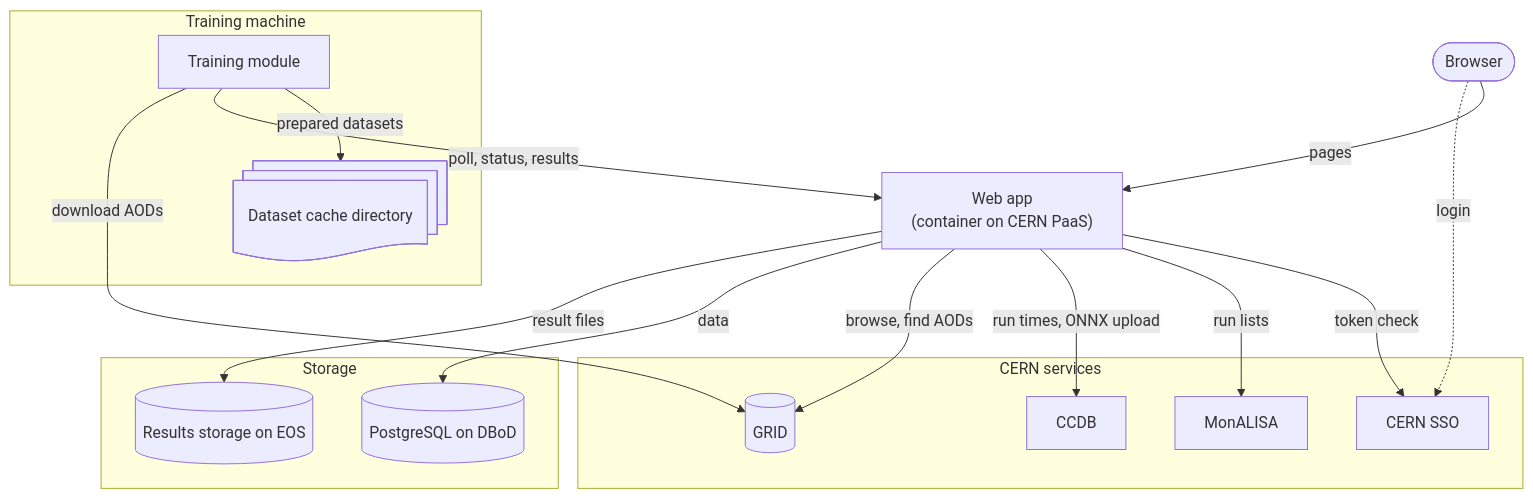
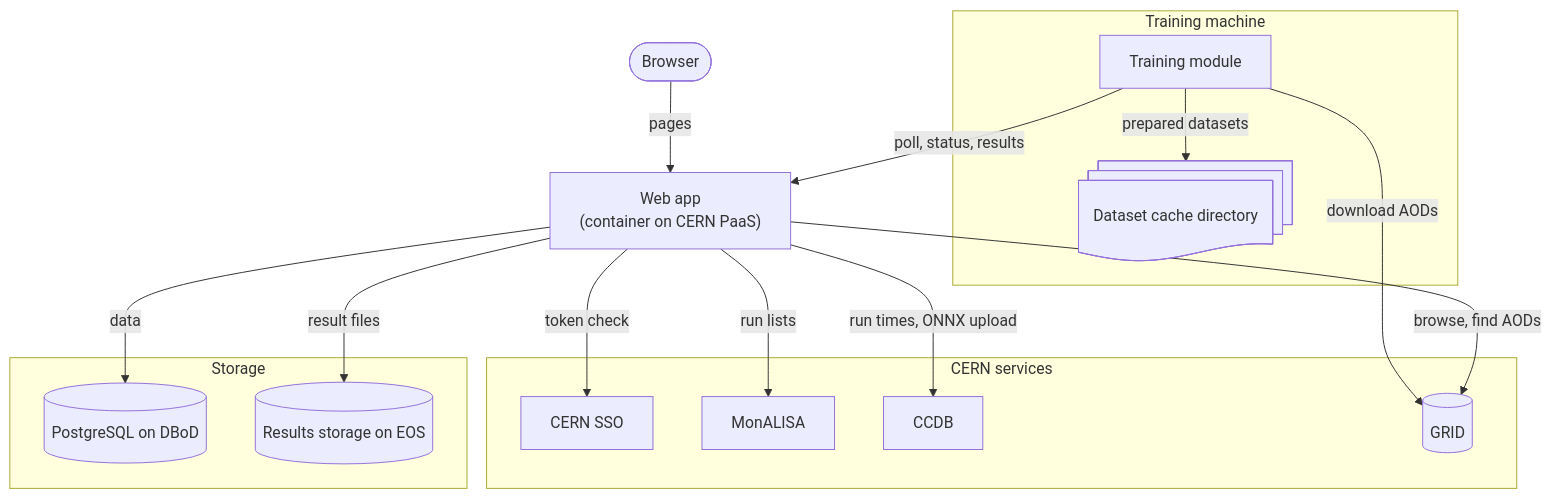
The first of 2 diagrams in docs/3-development/1-architecture.md (mytkom/AliceTraINT), drawn with Mermaid before and after one commit.

Commit message:
docs: drop the browser login line from the architecture diagram

````diff
--- a/docs/3-development/1-architecture.md
+++ b/docs/3-development/1-architecture.md
@@ -11,32 +11,31 @@
 ```mermaid
 flowchart TB
   accTitle: System architecture
-  accDescr: The browser and the training modules call the web app, and the browser logs in at CERN SSO. The web app stores data in PostgreSQL and result files on EOS, and calls CERN SSO, the GRID through JAliEn, MonALISA and CCDB. Training modules download AOD files from the GRID and keep prepared datasets as files in a dataset cache directory on the training machine.
+  accDescr: The browser and the training modules call the web app. The web app stores data in PostgreSQL and result files on EOS, and calls CERN SSO, the GRID through JAliEn, MonALISA and CCDB. Training modules download AOD files from the GRID and keep prepared datasets as files in a dataset cache directory on the training machine.
 
   browser([Browser])
   subgraph machine[Training machine]
     module[Training module] -->|prepared datasets| cache@{ shape: docs, label: "Dataset cache directory" }
   end
   web["Web app<br>(container on CERN PaaS)"]
   subgraph services[CERN services]
     sso[CERN SSO]
     monalisa[MonALISA]
     ccdb[CCDB]
     grid[(GRID)]
   end
   subgraph storage[Storage]
     db[(PostgreSQL on DBoD)]
     eos[(Results storage on EOS)]
   end
 
   browser -->|pages| web
-  browser -.->|login| sso
   module -->|poll, status, results| web
   module -->|download AODs| grid
   web -->|token check| sso
   web -->|run lists| monalisa
   web -->|run times, ONNX upload| ccdb
   web -->|browse, find AODs| grid
   web -->|data| db
   web -->|result files| eos
 ```
````
